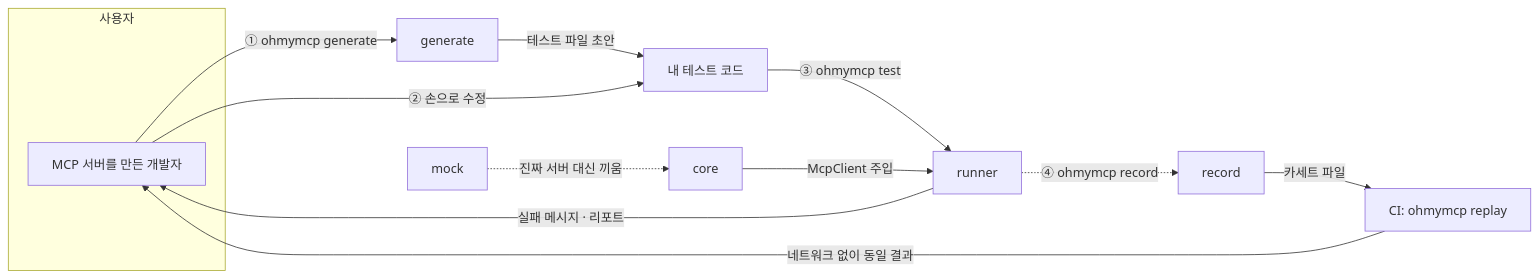
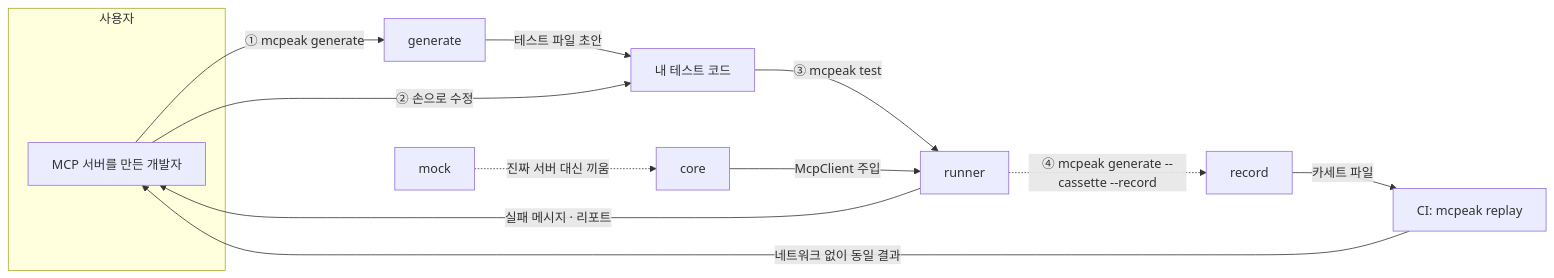
Before and after one commit to 2026-Engineering-Contest/MCPeak: the diagram in docs/architecture.md, drawn with Mermaid. The commit also changed other lines of this file and 201 other files, not shown here.

````diff
--- a/docs/architecture.md
+++ b/docs/architecture.md
@@ -8,20 +8,20 @@
 ```mermaid
 flowchart LR
   subgraph 사용자
     U[MCP 서버를 만든 개발자]
   end
 
-  U -->|① ohmymcp generate| G[generate]
+  U -->|① mcpeak generate| G[generate]
   G -->|테스트 파일 초안| E[내 테스트 코드]
   U -->|② 손으로 수정| E
 
-  E -->|③ ohmymcp test| R[runner]
+  E -->|③ mcpeak test| R[runner]
   C[core] -->|McpClient 주입| R
   R -->|실패 메시지 · 리포트| U
 
-  R -.->|④ ohmymcp record| RC[record]
-  RC -->|카세트 파일| CI[CI: ohmymcp replay]
+  R -.->|④ mcpeak generate --cassette --record| RC[record]
+  RC -->|카세트 파일| CI[CI: mcpeak replay]
   CI -->|네트워크 없이 동일 결과| U
 
   M[mock] -.->|진짜 서버 대신 끼움| C
 ```
````
